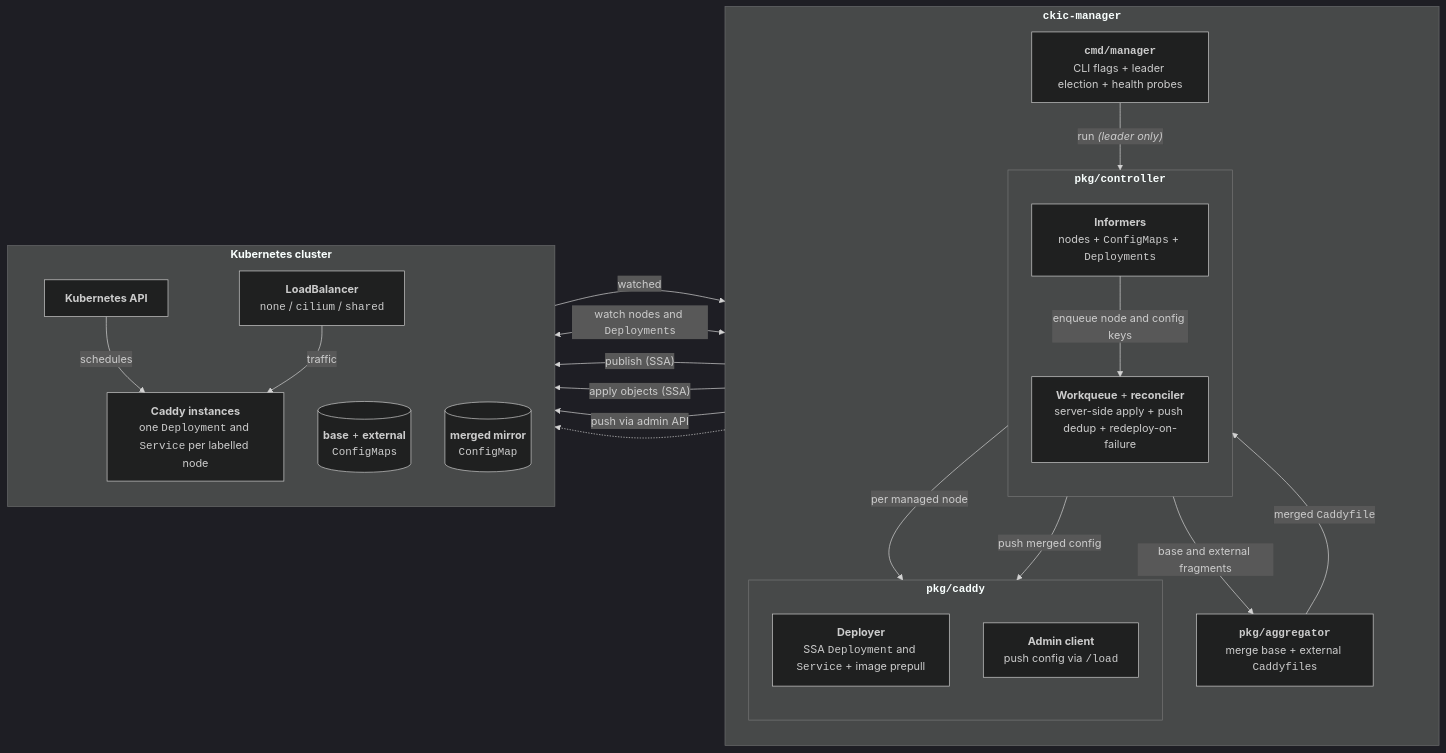
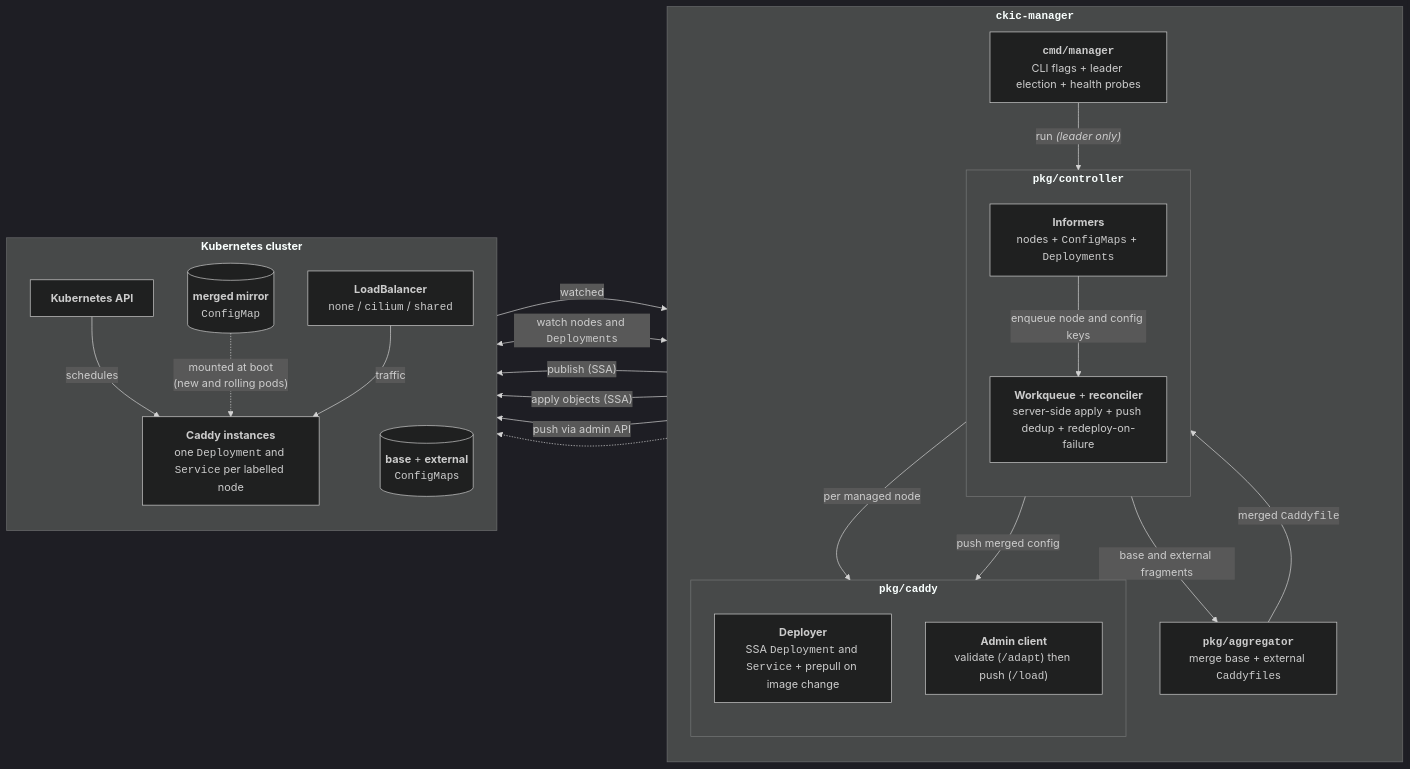
The diagram in README.md (vapronva/ckic), drawn with Mermaid (dark theme) before and after one commit. The commit also changed 8 other files, not shown here.

Commit message:
feat/fix: validate caddyfile via /adapt before /load push + mount aggregated configmap at boot for new/rolling pods + prepull only on image change + redeploy once at push-fail threshold + drop legacy pdb cleanup + servicename field + setexternalbatch + unused constants

````diff
--- a/README.md
+++ b/README.md
@@ -7,40 +7,41 @@
 ```mermaid
 flowchart LR
     subgraph Manager["<b><code>ckic-manager</code></b>"]
         direction TB
         Entry["<b><code>cmd/manager</code></b><br/>CLI flags + leader election + health probes"]
         subgraph Ctrl["<b><code>pkg/controller</code></b>"]
             direction TB
             Informers["<b>Informers</b><br/>nodes + <code>ConfigMaps</code> + <code>Deployments</code>"]
             Reconciler["<b>Workqueue</b> + <b>reconciler</b><br/>server-side apply + push dedup + redeploy-on-failure"]
         end
         Aggregator["<b><code>pkg/aggregator</code></b><br/>merge base + external <code>Caddyfile</code>s"]
         subgraph CaddyPkg["<b><code>pkg/caddy</code></b>"]
             direction TB
-            Deployer["<b>Deployer</b><br/>SSA <code>Deployment</code> and <code>Service</code> + image prepull"]
-            Admin["<b>Admin client</b><br/>push config via <code>/load</code>"]
+            Deployer["<b>Deployer</b><br/>SSA <code>Deployment</code> and <code>Service</code> + prepull on image change"]
+            Admin["<b>Admin client</b><br/>validate (<code>/adapt</code>) then push (<code>/load</code>)"]
         end
         Entry -->|"run <i>(leader only)</i>"| Reconciler
         Informers -->|"enqueue node and config keys"| Reconciler
         Informers -->|"base and external fragments"| Aggregator
         Aggregator -->|"merged <code>Caddyfile</code>"| Reconciler
         Reconciler -->|"per managed node"| Deployer
         Reconciler -->|"push merged config"| Admin
     end
     subgraph Cluster["<b>Kubernetes cluster</b>"]
         direction TB
         K8s["<b>Kubernetes API</b>"]
         ConfigMaps[("<b>base</b> + <b>external</b><br/><code>ConfigMap</code>s")]
         MirrorCM[("<b>merged mirror</b><br/><code>ConfigMap</code>")]
         Instances["<b>Caddy instances</b><br/>one <code>Deployment</code> and <code>Service</code> per labelled node"]
         LB["<b>LoadBalancer</b><br/><code>none</code> / <code>cilium</code> / <code>shared</code>"]
     end
     Informers <-->|"watch nodes and <code>Deployment</code>s"| K8s
     ConfigMaps -->|"watched"| Informers
     Aggregator -->|"publish (SSA)"| MirrorCM
     Deployer -->|"apply objects (SSA)"| K8s
     K8s -->|"schedules"| Instances
+    MirrorCM -.->|"mounted at boot<br/>(new and rolling pods)"| Instances
     Admin -->|"push via admin API"| Instances
     Deployer -.-> LB
     LB -->|"traffic"| Instances
 ```
````
